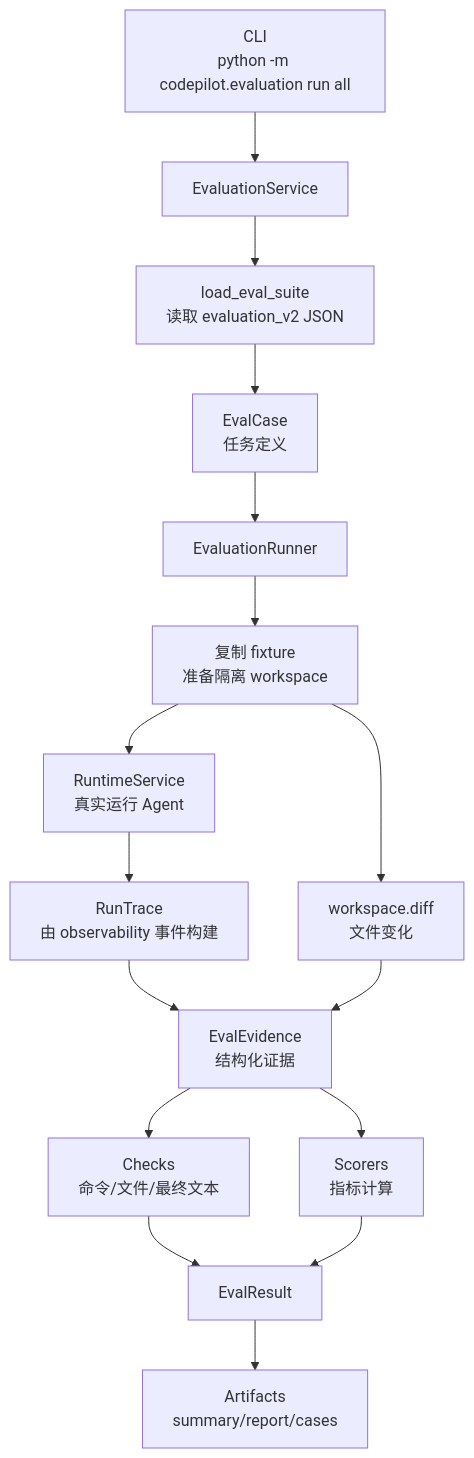
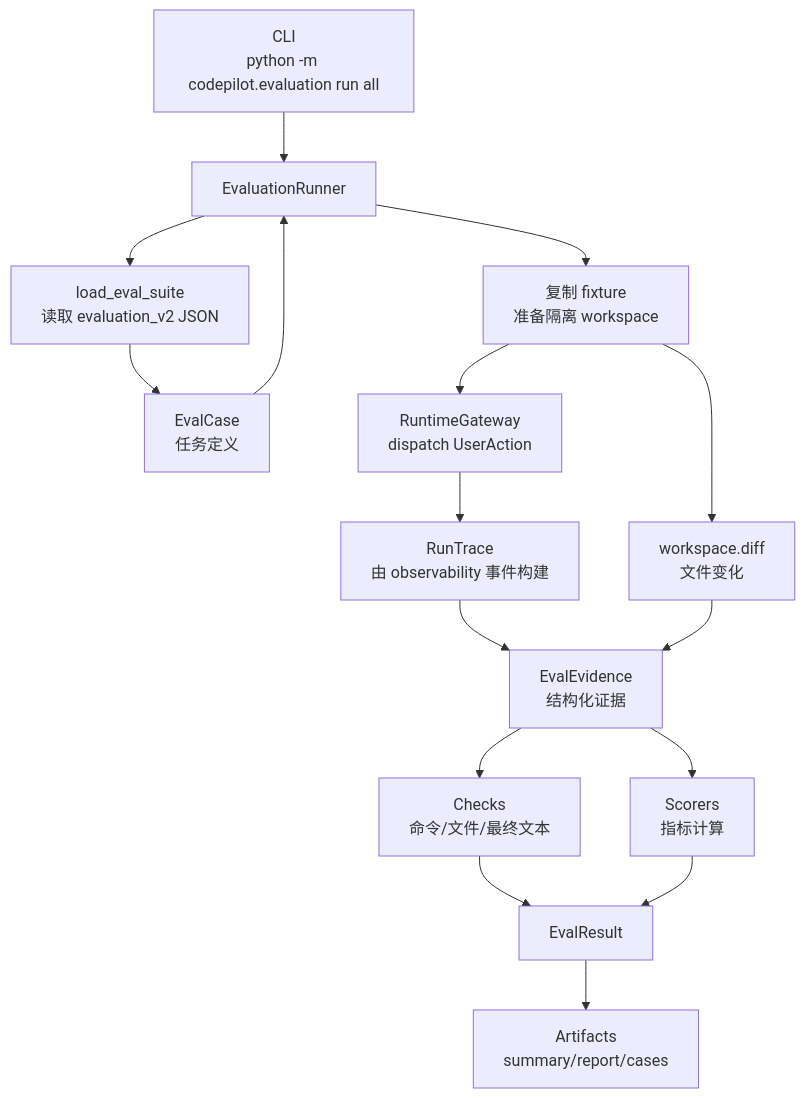
One commit to gyHMR/Codepilot_stable changed the diagram in docs/design/5eval-design.md. Above: the diagram before and after it, drawn with Mermaid. The commit also changed other lines of this file and 137 other files, not shown here.

````diff
--- a/docs/design/5eval-design.md
+++ b/docs/design/5eval-design.md
@@ -60,18 +60,18 @@
 ```mermaid
 flowchart TD
-    CLI["CLI<br/>python -m codepilot.evaluation run all"] --> Service["EvaluationService"]
-    Service --> Loader["load_eval_suite<br/>读取 evaluation_v2 JSON"]
+    CLI["CLI<br/>python -m codepilot.evaluation run all"] --> Runner["EvaluationRunner"]
+    Runner --> Loader["load_eval_suite<br/>读取 evaluation_v2 JSON"]
     Loader --> Case["EvalCase<br/>任务定义"]
-    Case --> Runner["EvaluationRunner"]
+    Case --> Runner
     Runner --> Workspace["复制 fixture<br/>准备隔离 workspace"]
-    Workspace --> Runtime["RuntimeService<br/>真实运行 Agent"]
+    Workspace --> Runtime["RuntimeGateway<br/>dispatch UserAction"]
     Runtime --> Trace["RunTrace<br/>由 observability 事件构建"]
     Workspace --> Diff["workspace.diff<br/>文件变化"]
     Trace --> Evidence["EvalEvidence<br/>结构化证据"]
     Diff --> Evidence
     Evidence --> Checks["Checks<br/>命令/文件/最终文本"]
     Evidence --> Scorers["Scorers<br/>指标计算"]
     Checks --> Result["EvalResult"]
     Scorers --> Result
     Result --> Artifacts["Artifacts<br/>summary/report/cases"]
 ```
````
